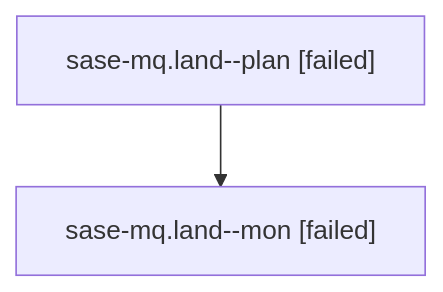
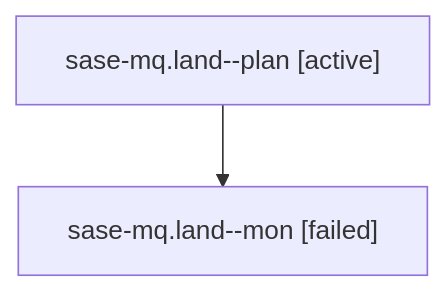
The diagram in families/bbugyi200.athena.sase-mq.land.md (sase-org/sase--agents), drawn with Mermaid before and after one commit. The commit also changed other lines of this file and 35830 other files, not shown here.

````diff
--- a/families/bbugyi200.athena.sase-mq.land.md
+++ b/families/bbugyi200.athena.sase-mq.land.md
@@ -9,6 +9,6 @@
 ```mermaid
 flowchart TD
-  n0["sase-mq.land--plan [failed]"]
+  n0["sase-mq.land--plan [active]"]
   n1["sase-mq.land--mon [failed]"]
   n0 --> n1
 ```
````
